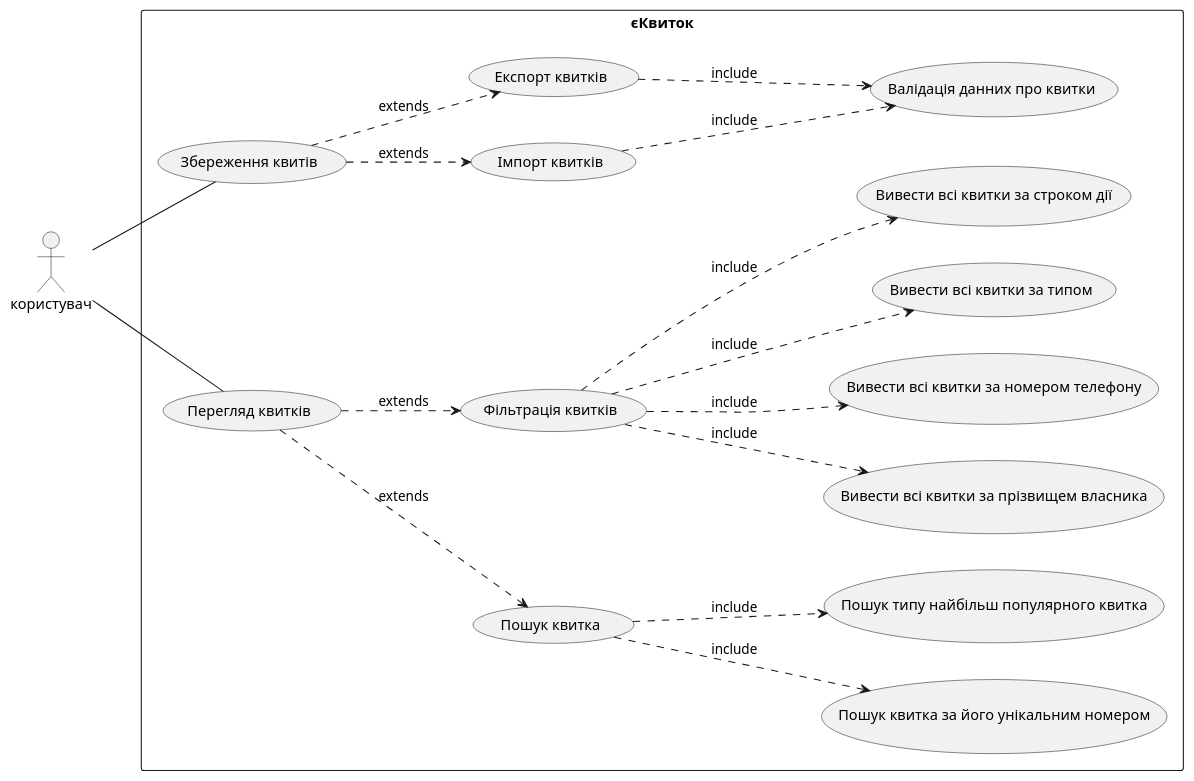
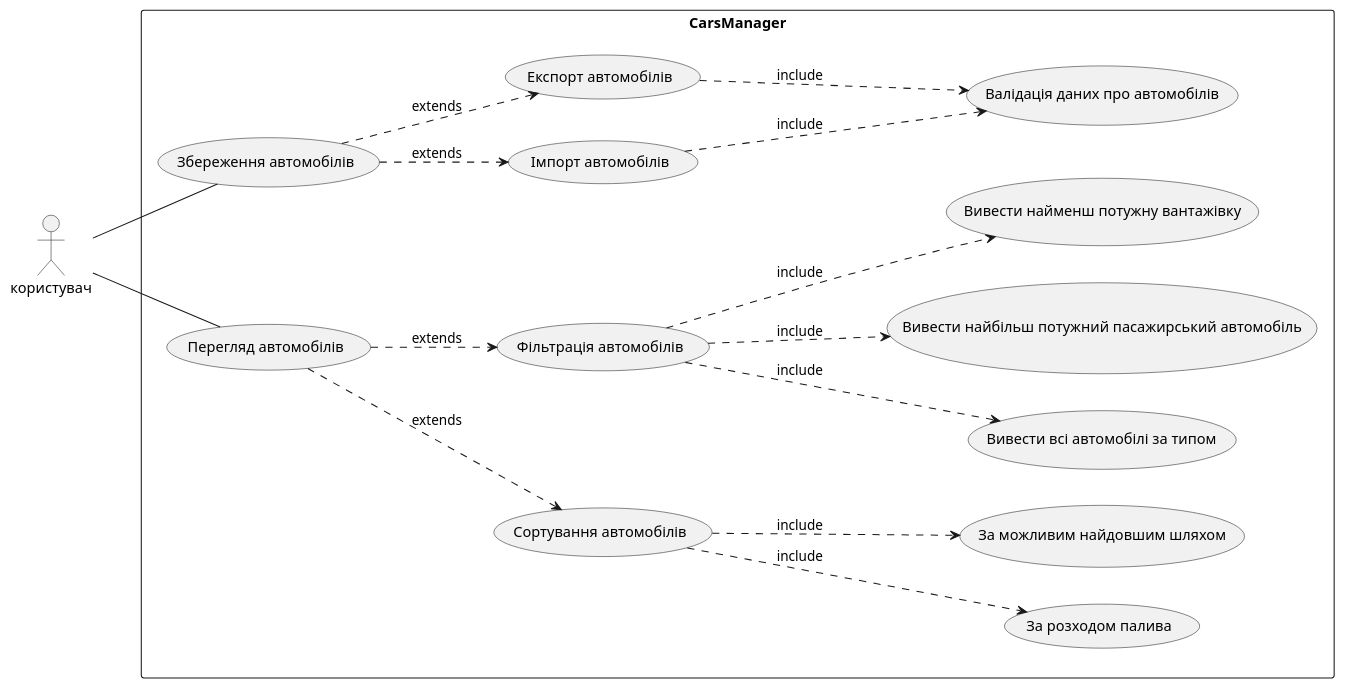
One commit to sinnrrr/nulp-labs changed the diagram in 2022/object_oriented_programming/diagrams/use_case_diagram.md. Above: the diagram before and after it, drawn with PlantUML. The commit also changed 10 other files, not shown here.

````diff
--- a/2022/object_oriented_programming/diagrams/use_case_diagram.md
+++ b/2022/object_oriented_programming/diagrams/use_case_diagram.md
@@ -3,27 +3,26 @@
 ```plantuml
 @startuml
 left to right direction
 skinparam packageStyle rectangle
 actor користувач
-rectangle єКвиток {
-  користувач -- (Збереження квитів)
-  (Збереження квитів) ..> (Імпорт квитків) : extends
-  (Збереження квитів) ..> (Експорт квитків) : extends
-  (Імпорт квитків) ...> (Валідація данних про квитки) : include
-  (Експорт квитків) ...> (Валідація данних про квитки) : include
+rectangle CarsManager {
+  користувач -- (Збереження автомобілів)
+  (Збереження автомобілів) ..> (Імпорт автомобілів) : extends
+  (Збереження автомобілів) ..> (Експорт автомобілів) : extends
+  (Імпорт автомобілів) ...> (Валідація даних про автомобілів) : include
+  (Експорт автомобілів) ...> (Валідація даних про автомобілів) : include
 
 
-  користувач -- (Перегляд квитків)
-  (Перегляд квитків) ..> (Пошук квитка) : extends
-  (Перегляд квитків) ..> (Фільтрація квитків) : extends
+  користувач -- (Перегляд автомобілів)
+  (Перегляд автомобілів) ..> (Сортування автомобілів) : extends
+  (Перегляд автомобілів) ..> (Фільтрація автомобілів) : extends
 
-  (Фільтрація квитків) ...> (Вивести всі квитки за прізвищем власника) : include
-  (Фільтрація квитків) ...>  (Вивести всі квитки за номером телефону) : include
-  (Фільтрація квитків) ...>  (Вивести всі квитки за типом) : include
-  (Фільтрація квитків) ...>  (Вивести всі квитки за строком дії) : include
+  (Фільтрація автомобілів) ...> (Вивести всі автомобілі за типом) : include
+  (Фільтрація автомобілів) ...>  (Вивести найбільш потужний пасажирський автомобіль) : include
+  (Фільтрація автомобілів) ...>  (Вивести найменш потужну вантажівку) : include
 
-  (Пошук квитка) ...> (Пошук квитка за його унікальним номером) : include
-  (Пошук квитка) ...> (Пошук типу найбільш популярного квитка) : include
+  (Сортування автомобілів) ...> (За розходом палива) : include
+  (Сортування автомобілів) ...> (За можливим найдовшим шляхом) : include
 }
 @enduml
 ```
````
